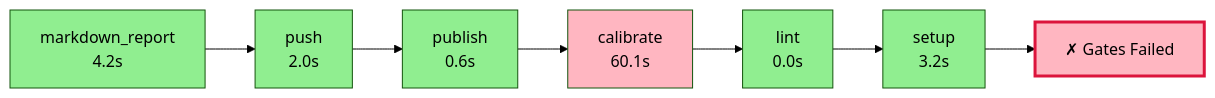
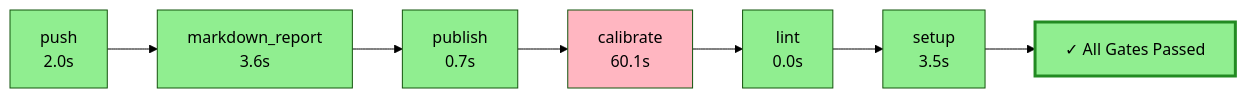
Before and after one commit to wronai/fixos: the diagram in .pyqual/report.md, drawn with Mermaid (forest theme). The commit also changed other lines of this file and 2 other files, not shown here.

````diff
--- a/.pyqual/report.md
+++ b/.pyqual/report.md
@@ -10,23 +10,23 @@
 ```mermaid
 flowchart LR
-    S0["markdown_report<br/>4.2s"]
+    S0["push<br/>2.0s"]
     style S0 fill:#90EE90
-    S1["push<br/>2.0s"]
+    S1["markdown_report<br/>3.6s"]
     style S1 fill:#90EE90
     S0 --> S1
-    S2["publish<br/>0.6s"]
+    S2["publish<br/>0.7s"]
     style S2 fill:#90EE90
     S1 --> S2
     S3["calibrate<br/>60.1s"]
     style S3 fill:#FFB6C1
     S2 --> S3
     S4["lint<br/>0.0s"]
     style S4 fill:#90EE90
     S3 --> S4
-    S5["setup<br/>3.2s"]
+    S5["setup<br/>3.5s"]
     style S5 fill:#90EE90
     S4 --> S5
-    G["✗ Gates Failed"]
-    style G fill:#FFB6C1,stroke:#DC143C,stroke-width:3px
+    G["✓ All Gates Passed"]
+    style G fill:#90EE90,stroke:#228B22,stroke-width:3px
     S5 --> G
 ```
````
